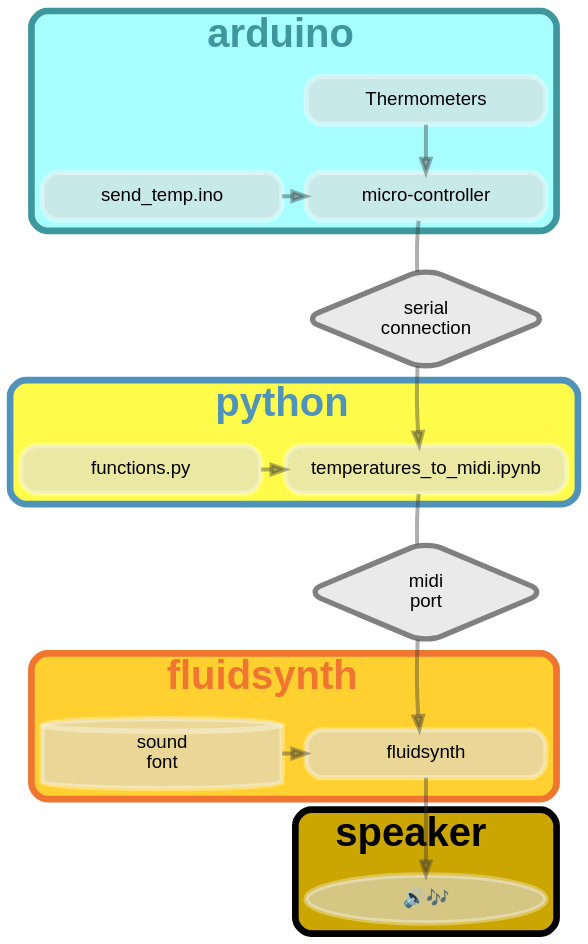
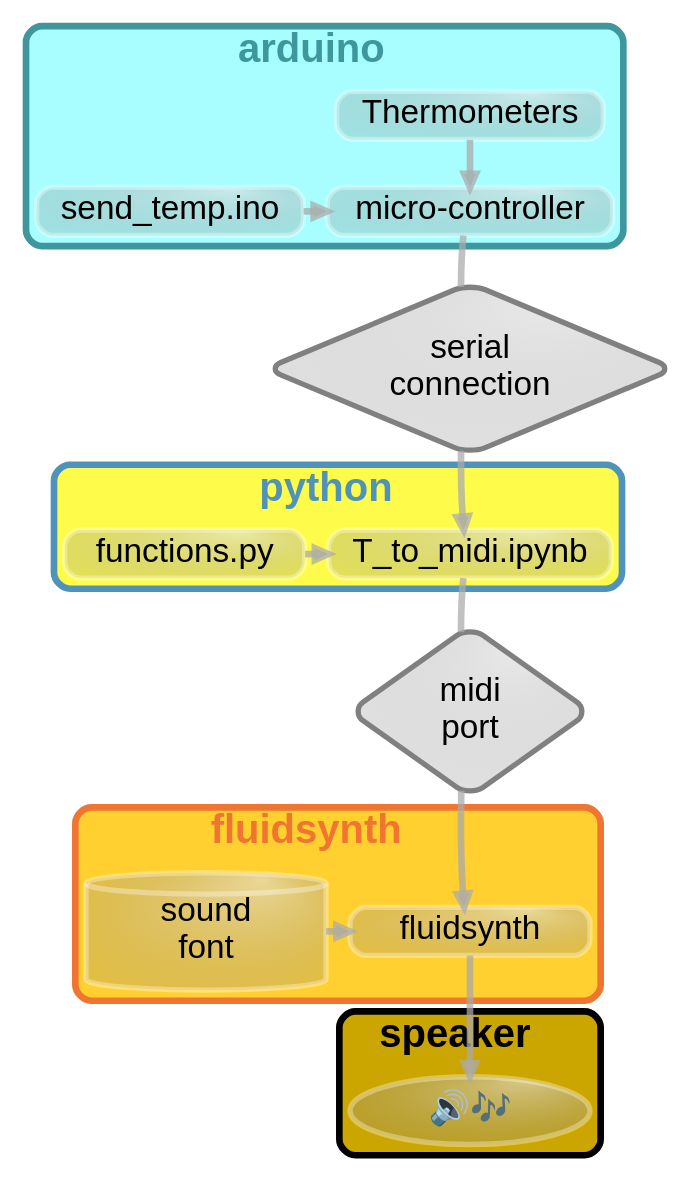
Before and after one commit to urswilke/urssblogg: the diagram in content/post/2020-11-19-synthesizing-temperature-measurements-into-sound/graph_main.gv, drawn with Graphviz. The commit also changed 3 other files, not shown here.

Commit message:
include renamed file dependency of workflow graph

```diff
--- a/content/post/2020-11-19-synthesizing-temperature-measurements-into-sound/graph_main.gv
+++ b/content/post/2020-11-19-synthesizing-temperature-measurements-into-sound/graph_main.gv
@@ -1,150 +1,151 @@
 digraph workflow {
   ranksep=.5;
   graph [
     truecolor=true,
     # the last 2 "00" make it completely transparent here, 
     # thus all that comes before - I don"t care
-    bgcolor="transparent",
+    bgcolor="#ffffff00",
     fontname = "helvetica",
     #splines=ortho,
     concentrate=true
   ];
   node [
     fontname = "helvetica", 
     style = "rounded,filled,radial", 
     gradientangle=60, 
-    #fillcolor="#dddddd99:#7777772f", 
+    fillcolor="#dddddd99:#7777772f", 
     # gradients dont work on observable...:
-    fillcolor="#dddddd99", 
+    # fillcolor="#dddddd99", 
+    fontsize=25,
     penwidth=4, 
     color = "#ffffff55",
     width = 2.5
   ];
   edge [
     fontname = "helvetica", 
-    penwidth=3, 
-    color="#37373766"
+    penwidth=5, 
+    color="#aaaaaabb"
   ];
   penwidth=5;
   style=rounded
 
   subgraph cluster_arduino {
     label = < <B>arduino</B> >;
     bgcolor = "#a8feff";
     color = "#3e979d";
     fontcolor = "#3e979d";
     fontsize = 30;
     Thermometers -> mc;
     sketch -> mc;
     Thermometers [shape=box];
     sketch [
       label = "send_temp.ino", 
       shape=box, 
       URL="https://gitlab.com/urswilke/chaos_machine_code/-/tree/master/arduino/send_temp/send_temp.ino", 
       tooltip = "arduino sketch to read multiple DS18B20 thermometers and then print the information to the serial connection"
     ];
     {rank=same; mc; sketch}
   }
   sc -> python;
   subgraph cluster_main {
     label = < <B>python</B> >;
     bgcolor = "#fffb4b";
     color = "#4f93ba";
     fontcolor = "#4f93ba";
     fontsize = 30;
     penwidth=5;
     #graph[style=dotted];
     "functions.py" [
       shape=box, 
-      tooltip = "functions that are imported in the temperatures_to_midi notebook",
+      tooltip = "functions that are imported in the T_to_midi notebook",
       URL = "https://gitlab.com/urswilke/chaos_machine_code/-/tree/master/python/functions.py"
     ]
     python [
       shape=box, 
       tooltip = "python real-time loop to
 * read serial string, extract temperatures
 * calculate temperature differences
 * translate differences to midi notes according to a specified musical scale
 * send the note events to a midi port in real time 
 During the loop the data is recorded in lists and when it has finished the data is written to a midi and csv files. ", 
-      label = "temperatures_to_midi.ipynb",
-      URL = "https://gitlab.com/urswilke/chaos_machine_code/-/tree/master/python/temperatures_to_midi.ipynb"
+      label = "T_to_midi.ipynb",
+      URL = "https://gitlab.com/urswilke/chaos_machine_code/-/tree/master/python/T_to_midi.ipynb"
     ];
     "functions.py" -> python
     mc [
       shape=box, 
       label="micro-controller",
       tooltip="the micro-controller is connected to the PC via USB",
     ];
     {rank = same; "functions.py" python}
   }
   
 #  subgraph cluster_main_to_R_connectors {
 #    label = "main workflow";
 
 
 #  }
   subgraph cluster_fluidsynth {
     label = <<B>fluidsynth  </B>>;
     fontsize = 30;
     bgcolor = "#ffd030";
     color = "#f07531";
     fontcolor = "#f07531";
     penwidth=5;
     sf2 [shape = cylinder, label = "sound\nfont"];
     fluidsynth [
       shape=box,
       tooltip = "* Fluidsynth can be easily started via the GUI QSynth.\n* An sf2 soundfont file has to be used.\n* A midi port can be synthesized in real time, or\n* A midi file can be rendered to an audio file."
     ];
     sf2 -> fluidsynth;
     {rank=same; fluidsynth sf2}
   }
   
   
   mp -> fluidsynth;
   mc -> sc [
     arrowhead=none, 
     tooltip = "setup serial connection in arduino",
     URL = "https://gitlab.com/urswilke/chaos_machine_code/-/tree/master/arduino/send_temp/send_temp.ino#L24"
   ];
   python -> mp [arrowhead=none];
   sc [
     label="serial\nconnection", 
     color=grey, 
     shape=diamond,
     tooltip = "The serial string sent from the arduino is of the following format:
 S: 1, ID: 40255662332332138251, T: 21.25; S: 2, ID: 402552102282332138209, T: 21.25; S: 3, ID: 402551932392332138119, T: 21.00; S: 4, ID: 4025514153413227192, T: 21.12; S: 5, ID: 402552272422332138169, T: 21.38",
     URL = "https://gitlab.com/urswilke/chaos_machine_code/-/tree/master/python/recorded_data/serial_string.txt"
   ];
   mp [
     label = "midi\nport", 
     shape=diamond, 
     color=grey,
-    tooltip = "The midi port to fluidsynth is set up by the python code in temperatures_to_midi.ipynb",
-    URL = "https://gitlab.com/urswilke/chaos_machine_code/-/tree/master/python/temperatures_to_midi.ipynb#Setup_fluidsynth_connection"
+    tooltip = "The midi port to fluidsynth is set up by the python code in T_to_midi.ipynb",
+    URL = "https://gitlab.com/urswilke/chaos_machine_code/-/tree/master/python/T_to_midi.ipynb#Setup_fluidsynth_connection"
   ];
   #mc -> sc -> python -> mp -> fluidsynth[ style = invis, weight= 10 ];
   fluidsynth -> speakers
   
   subgraph cluster_speaker {
     label = < <B>speaker</B> >;
     fontsize = 30;
     # bgcolor="#FFD700:#CCA600";
     # gradients dont work on observable...:
     bgcolor="#CCA600";
     speakers [label="🔊🎶"];
   }
   
 
   
   
   mc -> sc [ weight = 100, style=invis]
   sc -> python [
     weight = 100, 
     style=invis,
     tooltip = "setup serial connection in arduino",
-    URL = "https://gitlab.com/urswilke/chaos_machine_code/-/tree/master/python/temperatures_to_midi.ipynb#Arduino"
+    URL = "https://gitlab.com/urswilke/chaos_machine_code/-/tree/master/python/T_to_midi.ipynb#Arduino"
   ]
   python -> mp [ weight = 100, style=invis]
   mp -> fluidsynth [ weight = 100, style=invis]
 }
```
